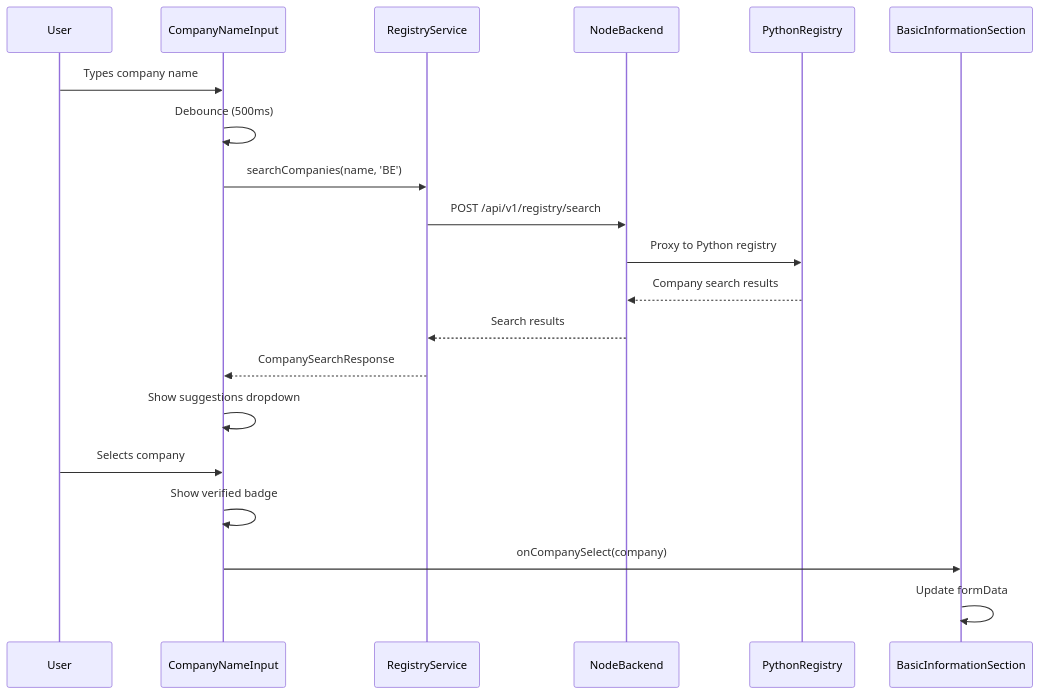
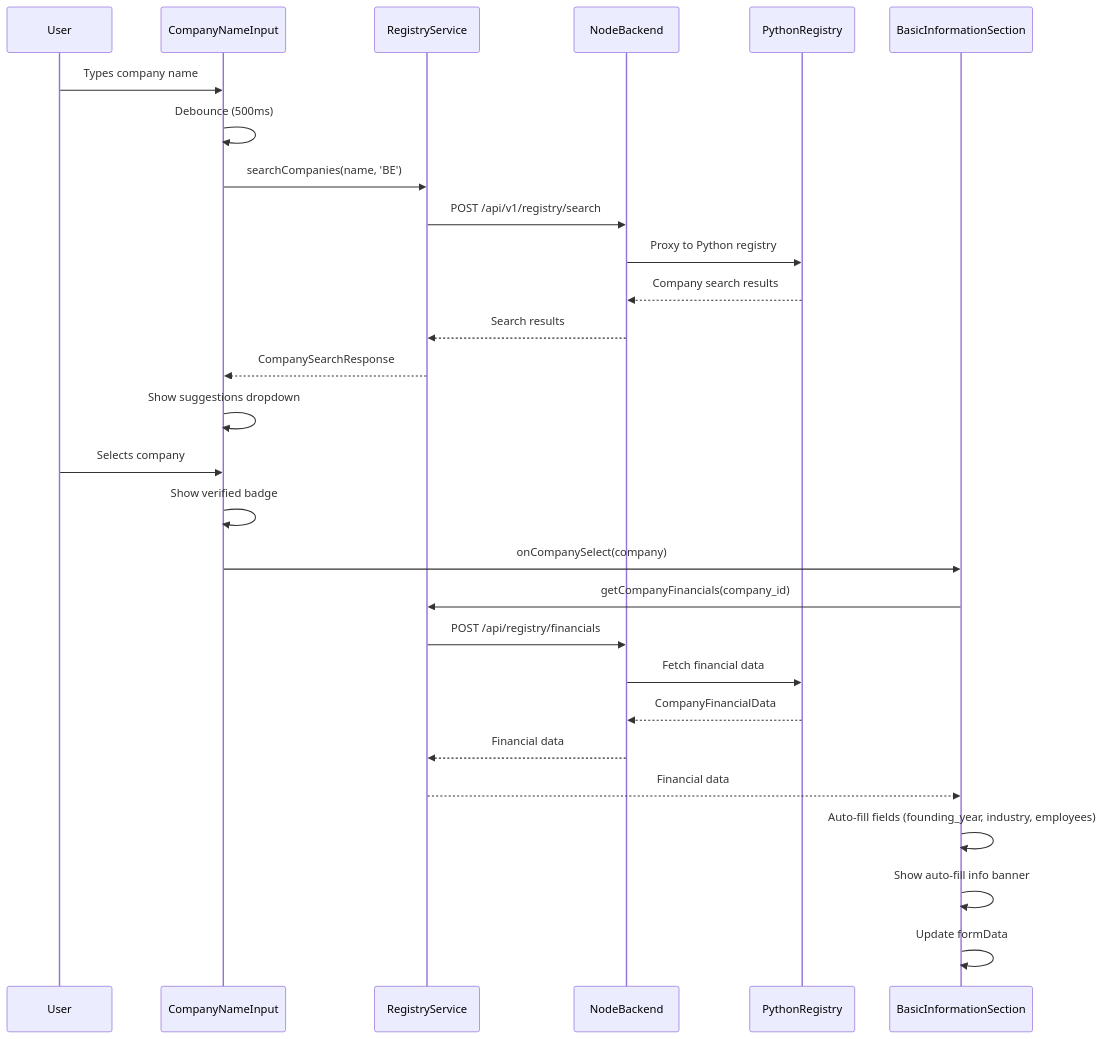
Before and after one commit to UpswitchEU/upswitch-valuation-tester: the first of 2 diagrams in docs/architecture/KBO_AND_BUSINESS_TYPE_INTEGRATION.md, drawn with Mermaid. The commit also changed other lines of this file and 4 other files, not shown here.

````diff
--- a/docs/architecture/KBO_AND_BUSINESS_TYPE_INTEGRATION.md
+++ b/docs/architecture/KBO_AND_BUSINESS_TYPE_INTEGRATION.md
@@ -40,22 +49,30 @@
 ```mermaid
 sequenceDiagram
     participant User
     participant CompanyNameInput
     participant RegistryService
     participant NodeBackend
     participant PythonRegistry
 
     User->>CompanyNameInput: Types company name
     CompanyNameInput->>CompanyNameInput: Debounce (500ms)
     CompanyNameInput->>RegistryService: searchCompanies(name, 'BE')
     RegistryService->>NodeBackend: POST /api/v1/registry/search
     NodeBackend->>PythonRegistry: Proxy to Python registry
     PythonRegistry-->>NodeBackend: Company search results
     NodeBackend-->>RegistryService: Search results
     RegistryService-->>CompanyNameInput: CompanySearchResponse
     CompanyNameInput->>CompanyNameInput: Show suggestions dropdown
     User->>CompanyNameInput: Selects company
     CompanyNameInput->>CompanyNameInput: Show verified badge
     CompanyNameInput->>BasicInformationSection: onCompanySelect(company)
+    BasicInformationSection->>RegistryService: getCompanyFinancials(company_id)
+    RegistryService->>NodeBackend: POST /api/registry/financials
+    NodeBackend->>PythonRegistry: Fetch financial data
+    PythonRegistry-->>NodeBackend: CompanyFinancialData
+    NodeBackend-->>RegistryService: Financial data
+    RegistryService-->>BasicInformationSection: Financial data
+    BasicInformationSection->>BasicInformationSection: Auto-fill fields (founding_year, industry, employees)
+    BasicInformationSection->>BasicInformationSection: Show auto-fill info banner
     BasicInformationSection->>BasicInformationSection: Update formData
 ```
````
